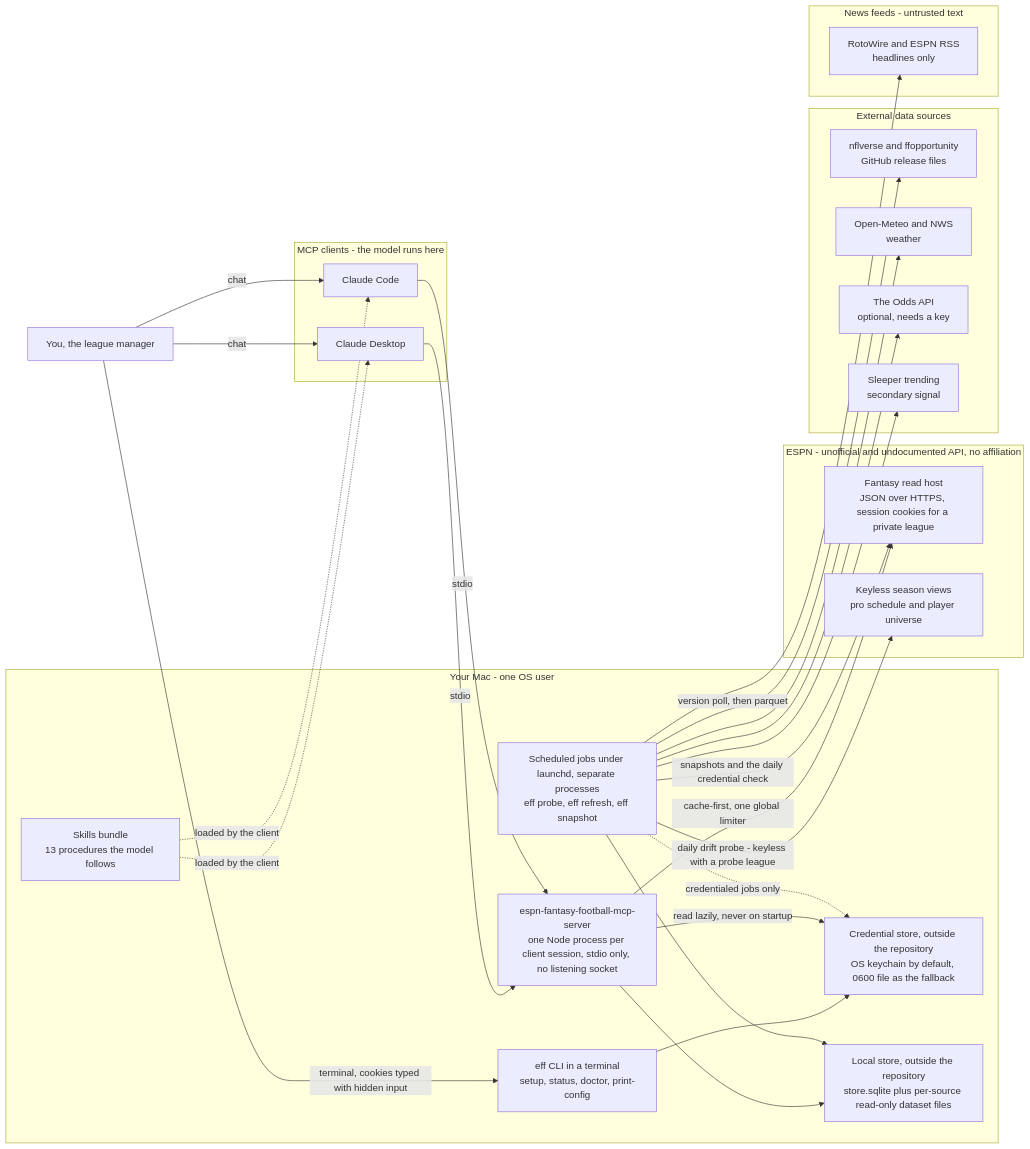
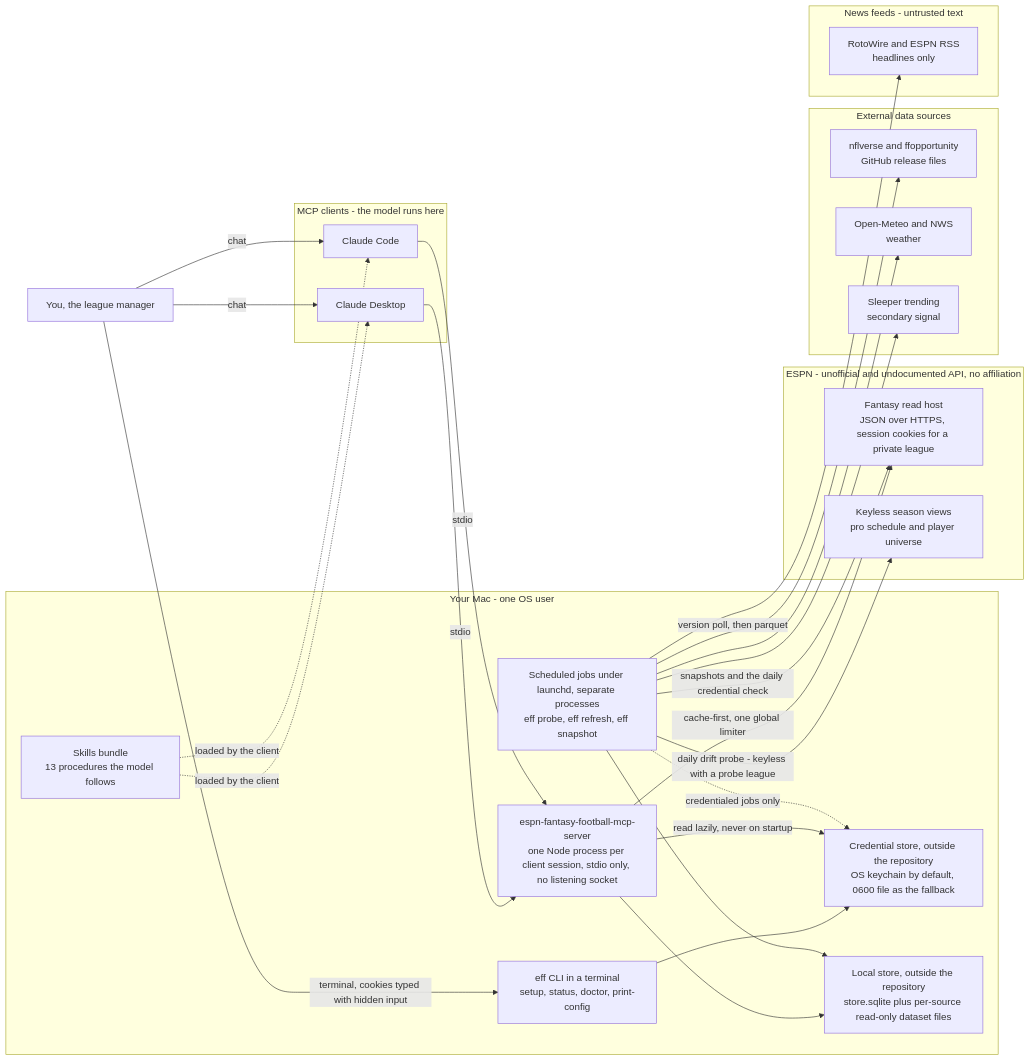
One commit to ChadPapineau/espn-fantasy-football-mcp changed the first of 8 diagrams in README.md. Above: the diagram before and after it, drawn with Mermaid. The commit also changed other lines of this file and 8 other files, not shown here.

````diff
--- a/README.md
+++ b/README.md
@@ -220,50 +220,48 @@
 ```mermaid
 %% 1. System context - who talks to whom, and where data and secrets live
 flowchart LR
   USER["You, the league manager"]
   subgraph CLIENTS["MCP clients - the model runs here"]
     CD["Claude Desktop"]
     CC["Claude Code"]
   end
   subgraph LOCAL["Your Mac - one OS user"]
     SKILLS["Skills bundle<br/>13 procedures the model follows"]
     SRV["espn-fantasy-football-mcp-server<br/>one Node process per client session, stdio only, no listening socket"]
     CLI["eff CLI in a terminal<br/>setup, status, doctor, print-config"]
     CRED["Credential store, outside the repository<br/>OS keychain by default, 0600 file as the fallback"]
     STORE["Local store, outside the repository<br/>store.sqlite plus per-source read-only dataset files"]
     JOBS["Scheduled jobs under launchd, separate processes<br/>eff probe, eff refresh, eff snapshot"]
   end
   subgraph ESPNX["ESPN - unofficial and undocumented API, no affiliation"]
     ESPNR["Fantasy read host<br/>JSON over HTTPS, session cookies for a private league"]
     ESPNS["Keyless season views<br/>pro schedule and player universe"]
   end
   subgraph DATA["External data sources"]
     NFLV["nflverse and ffopportunity<br/>GitHub release files"]
     WX["Open-Meteo and NWS<br/>weather"]
-    ODDS["The Odds API<br/>optional, needs a key"]
     SLP["Sleeper trending<br/>secondary signal"]
   end
   subgraph FEEDS["News feeds - untrusted text"]
     RSS["RotoWire and ESPN RSS<br/>headlines only"]
   end
   USER -- "chat" --> CD
   USER -- "chat" --> CC
   USER -- "terminal, cookies typed with hidden input" --> CLI
   SKILLS -. "loaded by the client" .-> CD
   SKILLS -. "loaded by the client" .-> CC
   CD -- "stdio" --> SRV
   CC -- "stdio" --> SRV
   CLI --> CRED
   SRV -- "read lazily, never on startup" --> CRED
   JOBS -. "credentialed jobs only" .-> CRED
   SRV --> STORE
   JOBS --> STORE
   SRV -- "cache-first, one global limiter" --> ESPNR
   JOBS -- "snapshots and the daily credential check" --> ESPNR
   JOBS -- "daily drift probe - keyless with a probe league" --> ESPNS
   JOBS -- "version poll, then parquet" --> NFLV
   JOBS --> WX
-  JOBS --> ODDS
   JOBS --> SLP
   JOBS --> RSS
 ```
````
